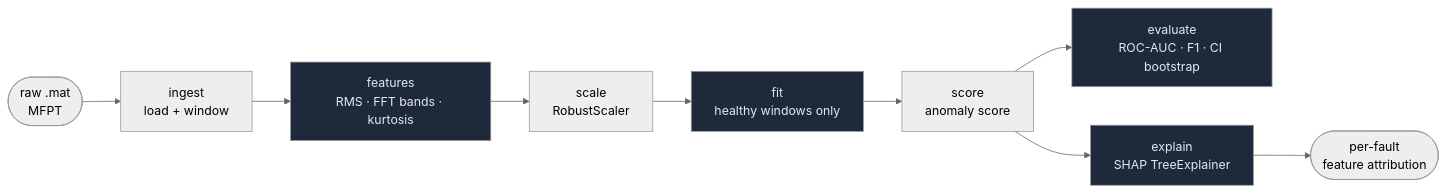
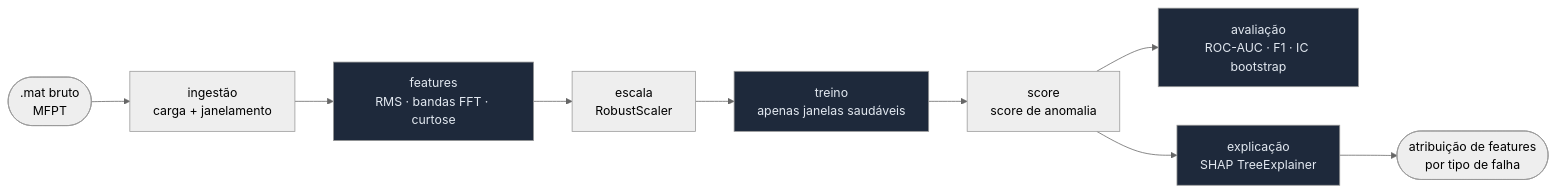
One commit to RenanMiqueloti/industrial-anomaly-detection changed the diagram in README.md. Above: the diagram before and after it, drawn with Mermaid (neutral theme). The commit also changed other lines of this file, not shown here.

````diff
--- a/README.md
+++ b/README.md
@@ -193,18 +193,18 @@
 ```mermaid
 graph LR
-    A([raw .mat<br/>MFPT]) --> B
-    B[ingest<br/>load + window] --> C
-    C[features<br/>RMS · FFT bands · kurtosis] --> D
-    D[scale<br/>RobustScaler] --> E
-    E[fit<br/>healthy windows only] --> F
-    F[score<br/>anomaly score] --> G
-    G[evaluate<br/>ROC-AUC · F1 · CI bootstrap]
+    A([.mat bruto<br/>MFPT]) --> B
+    B[ingestão<br/>carga + janelamento] --> C
+    C[features<br/>RMS · bandas FFT · curtose] --> D
+    D[escala<br/>RobustScaler] --> E
+    E[treino<br/>apenas janelas saudáveis] --> F
+    F[score<br/>score de anomalia] --> G
+    G[avaliação<br/>ROC-AUC · F1 · IC bootstrap]
     F --> H
-    H[explain<br/>SHAP TreeExplainer]
-    H --> I([per-fault<br/>feature attribution])
+    H[explicação<br/>SHAP TreeExplainer]
+    H --> I([atribuição de features<br/>por tipo de falha])
 
     style C fill:#1e293b,color:#e2e8f0
     style E fill:#1e293b,color:#e2e8f0
     style G fill:#1e293b,color:#e2e8f0
     style H fill:#1e293b,color:#e2e8f0
 ```
````
